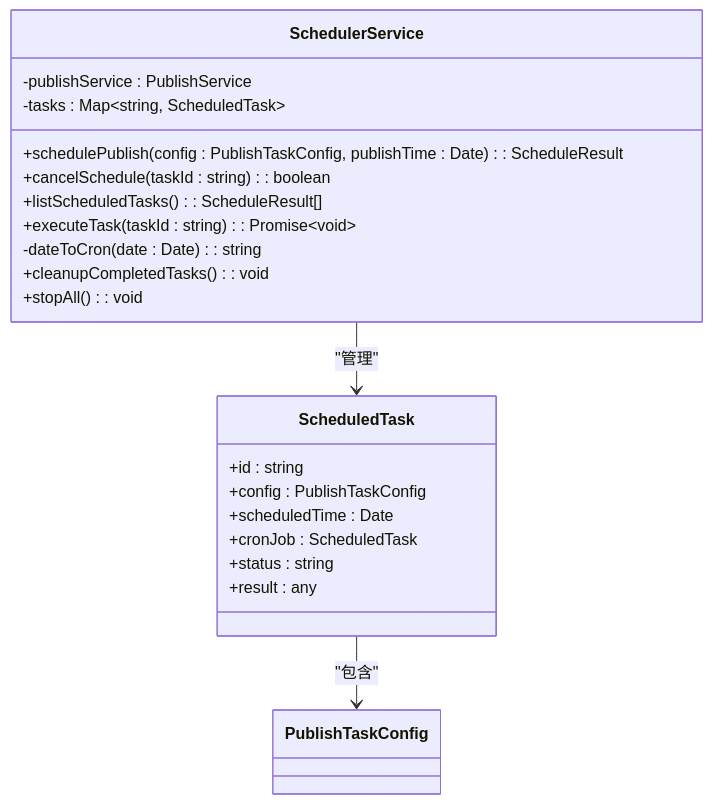
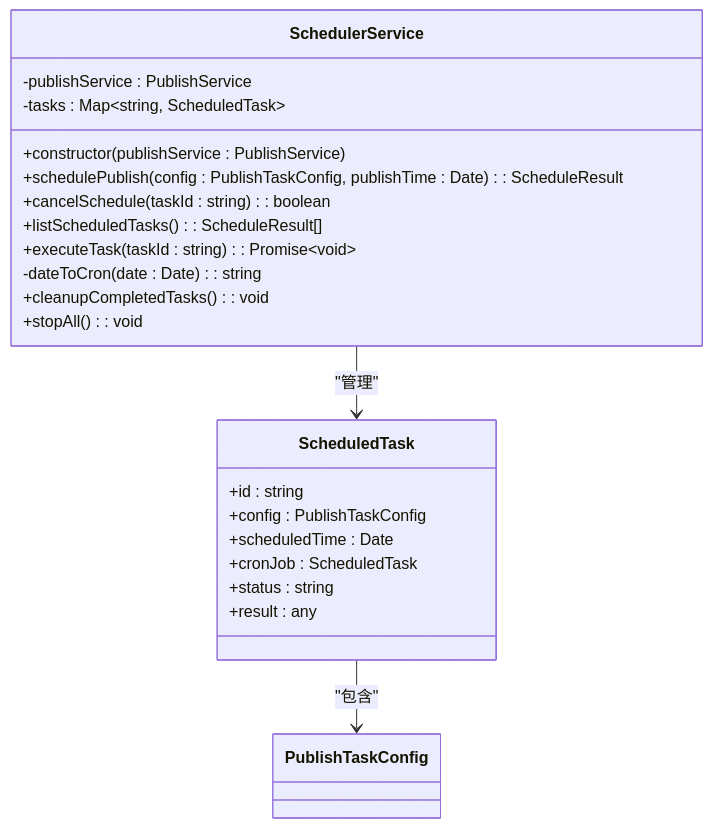
The sixth of 17 diagrams in .qoder/repowiki/zh/content/核心模块详解/Web界面系统/Web界面系统.md (songdiyang/clawOperations), drawn with Mermaid before and after one commit. The commit also changed other lines of this file and 10 other files, not shown here.

````diff
--- a/.qoder/repowiki/zh/content/核心模块详解/Web界面系统/Web界面系统.md
+++ b/.qoder/repowiki/zh/content/核心模块详解/Web界面系统/Web界面系统.md
@@ -338,24 +374,25 @@
 ```mermaid
 classDiagram
 class SchedulerService {
 -publishService : PublishService
 -tasks : Map~string, ScheduledTask~
++constructor(publishService : PublishService)
 +schedulePublish(config : PublishTaskConfig, publishTime : Date) : ScheduleResult
 +cancelSchedule(taskId : string) : boolean
 +listScheduledTasks() : ScheduleResult[]
 +executeTask(taskId : string) : Promise~void~
 -dateToCron(date : Date) : string
 +cleanupCompletedTasks() : void
 +stopAll() : void
 }
 class ScheduledTask {
 +id : string
 +config : PublishTaskConfig
 +scheduledTime : Date
 +cronJob : ScheduledTask
 +status : string
 +result : any
 }
 SchedulerService --> ScheduledTask : "管理"
 ScheduledTask --> PublishTaskConfig : "包含"
 ```
````
